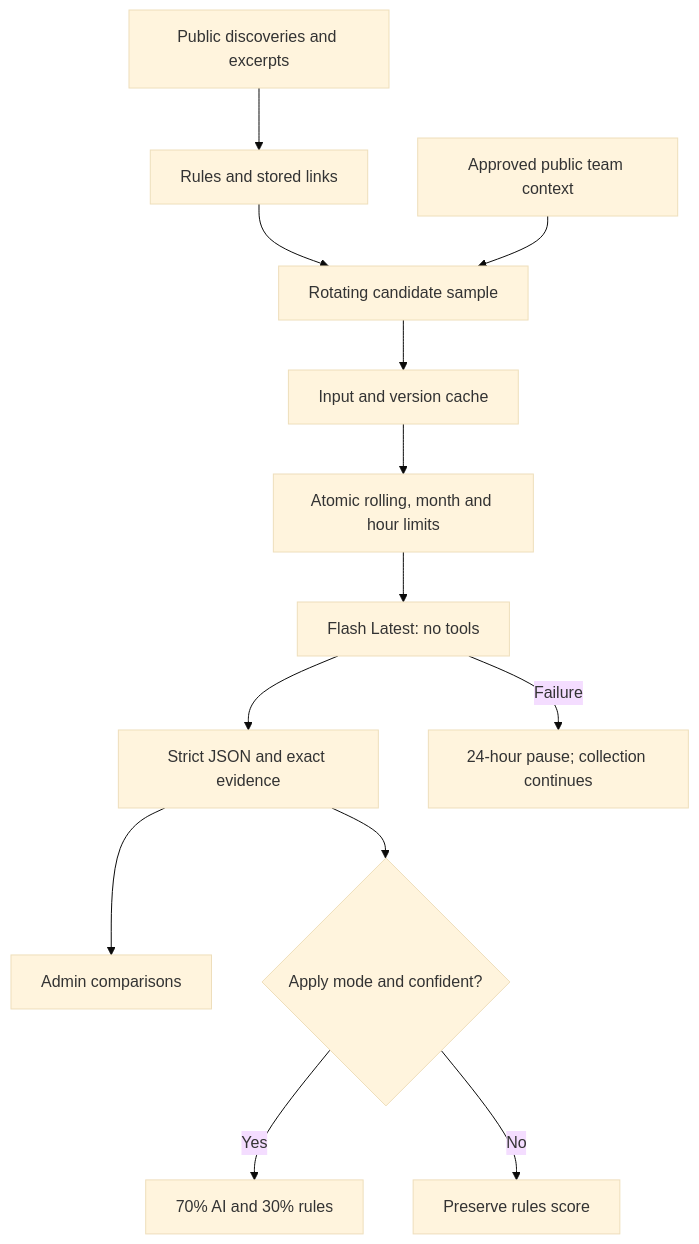
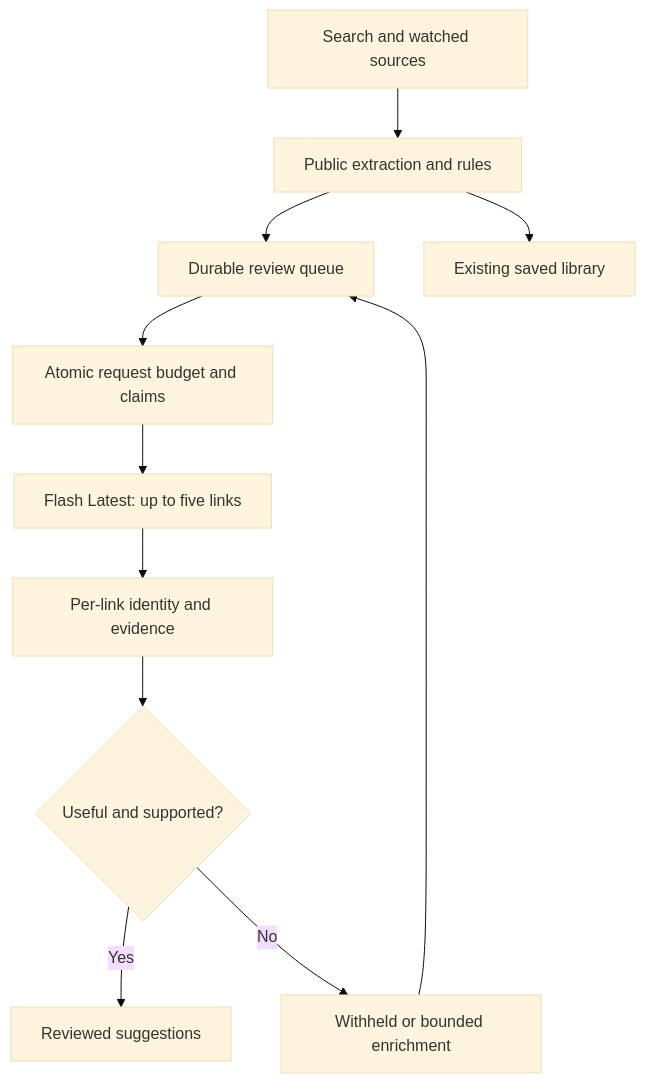
The diagram in docs/GEMINI_EVALUATION.md (Idoheled/StackSignal), drawn with Mermaid (base theme) before and after one commit. The commit also changed other lines of this file and 18 other files, not shown here.

````diff
--- a/docs/GEMINI_EVALUATION.md
+++ b/docs/GEMINI_EVALUATION.md
@@ -68,15 +61,13 @@
 ```mermaid
 flowchart TD
-  Public["Public discoveries and excerpts"] --> Rules["Rules and stored links"]
-  Rules --> Sample["Rotating candidate sample"]
-  Profile["Approved public team context"] --> Sample
-  Sample --> Cache["Input and version cache"]
-  Cache --> Reserve["Atomic rolling, month and hour limits"]
-  Reserve --> Gemini["Flash Latest: no tools"]
-  Gemini --> Validate["Strict JSON and exact evidence"]
-  Validate --> Compare["Admin comparisons"]
-  Validate --> Mode{"Apply mode and confident?"}
-  Mode -->|Yes| Blend["70% AI and 30% rules"]
-  Mode -->|No| Keep["Preserve rules score"]
-  Gemini -->|Failure| Pause["24-hour pause; collection continues"]
+  Sources["Search and watched sources"] --> Capture["Public extraction and rules"]
+  Capture --> Queue["Durable review queue"]
+  Queue --> Reserve["Atomic request budget and claims"]
+  Reserve --> Batch["Flash Latest: up to five links"]
+  Batch --> Validate["Per-link identity and evidence"]
+  Validate --> Admission{"Useful and supported?"}
+  Admission -->|Yes| Feed["Reviewed suggestions"]
+  Admission -->|No| Hold["Withheld or bounded enrichment"]
+  Hold --> Queue
+  Capture --> Library["Existing saved library"]
 ```
````
